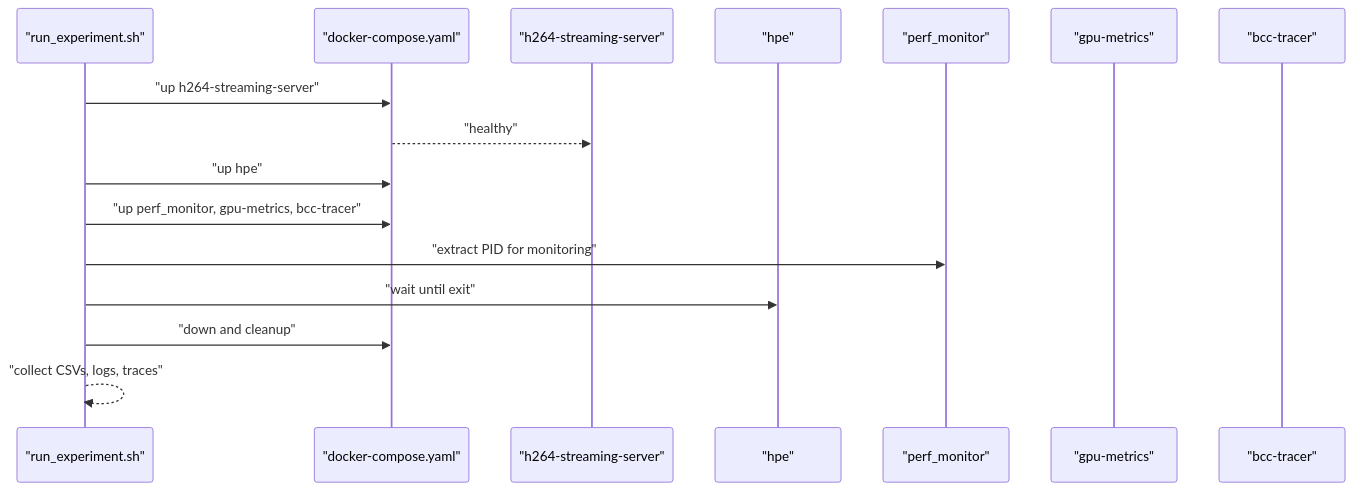
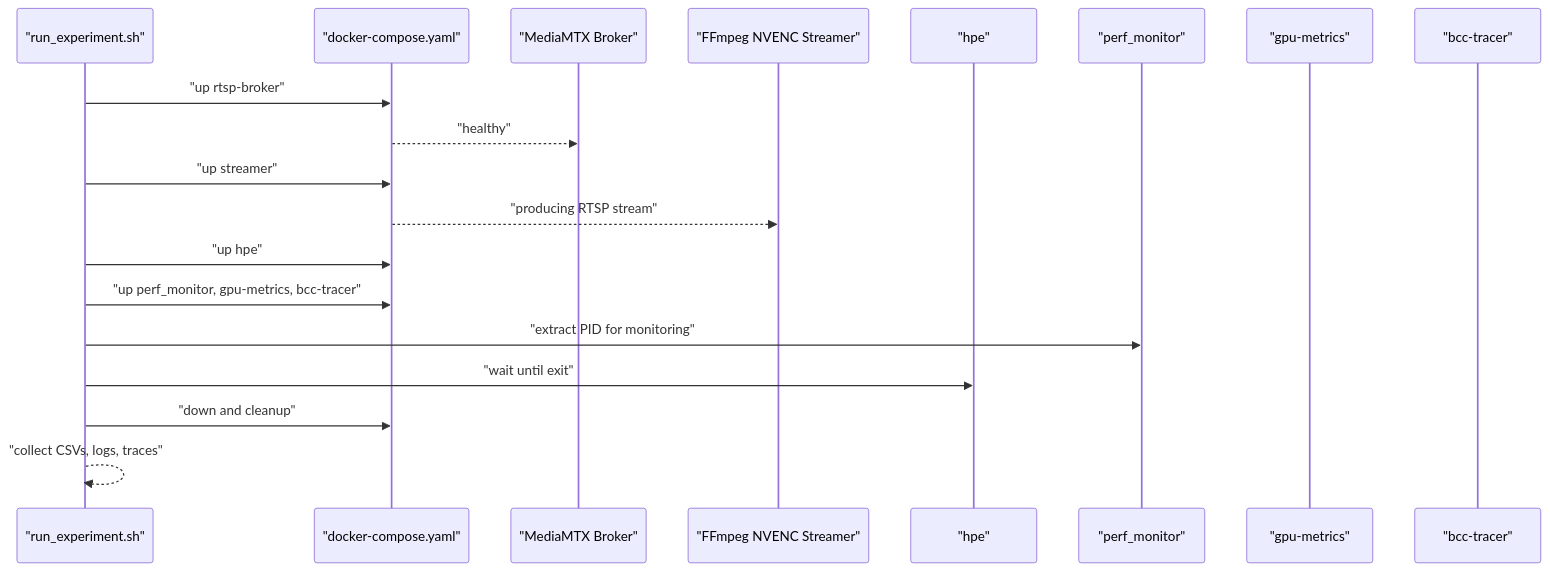
The seventh of 8 diagrams in .qoder/repowiki/en/content/Getting Started/Session Report 2026-05-06.md (Fogus-Gr/MeasurementsDTs), drawn with Mermaid before and after one commit. The commit also changed other lines of this file and 12 other files, not shown here.

````diff
--- a/.qoder/repowiki/en/content/Getting Started/Session Report 2026-05-06.md
+++ b/.qoder/repowiki/en/content/Getting Started/Session Report 2026-05-06.md
@@ -288,18 +305,21 @@
 ```mermaid
 sequenceDiagram
 participant Orchestrator as "run_experiment.sh"
 participant Compose as "docker-compose.yaml"
-participant Server as "h264-streaming-server"
+participant Broker as "MediaMTX Broker"
+participant Streamer as "FFmpeg NVENC Streamer"
 participant HPE as "hpe"
 participant Perf as "perf_monitor"
 participant GPU as "gpu-metrics"
 participant BCC as "bcc-tracer"
-Orchestrator->>Compose : "up h264-streaming-server"
-Compose-->>Server : "healthy"
+Orchestrator->>Compose : "up rtsp-broker"
+Compose-->>Broker : "healthy"
+Orchestrator->>Compose : "up streamer"
+Compose-->>Streamer : "producing RTSP stream"
 Orchestrator->>Compose : "up hpe"
 Orchestrator->>Compose : "up perf_monitor, gpu-metrics, bcc-tracer"
 Orchestrator->>Perf : "extract PID for monitoring"
 Orchestrator->>HPE : "wait until exit"
 Orchestrator->>Compose : "down and cleanup"
 Orchestrator-->>Orchestrator : "collect CSVs, logs, traces"
 ```
````
